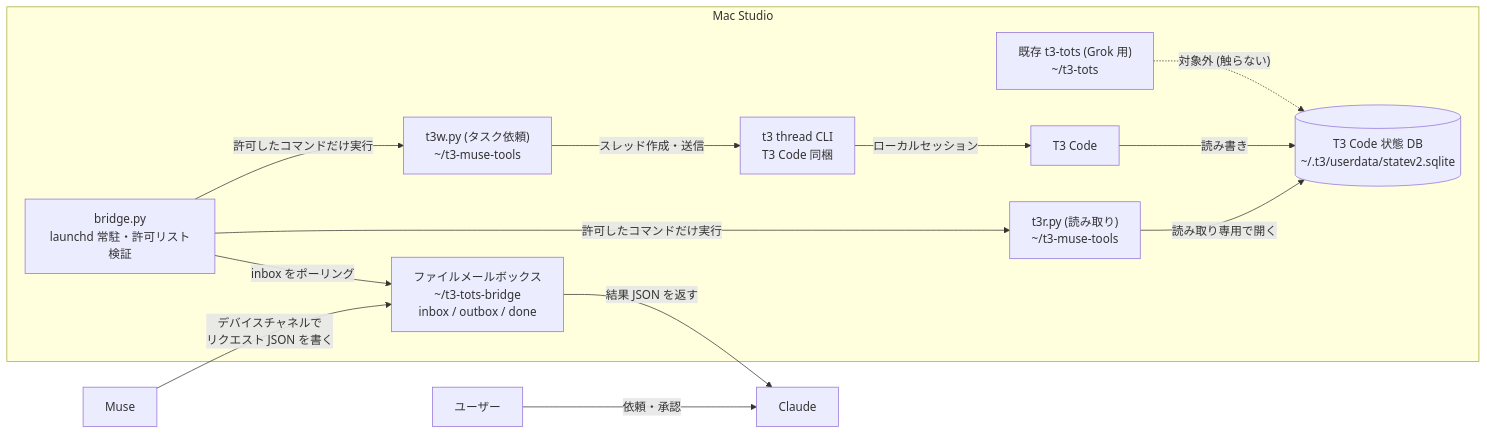
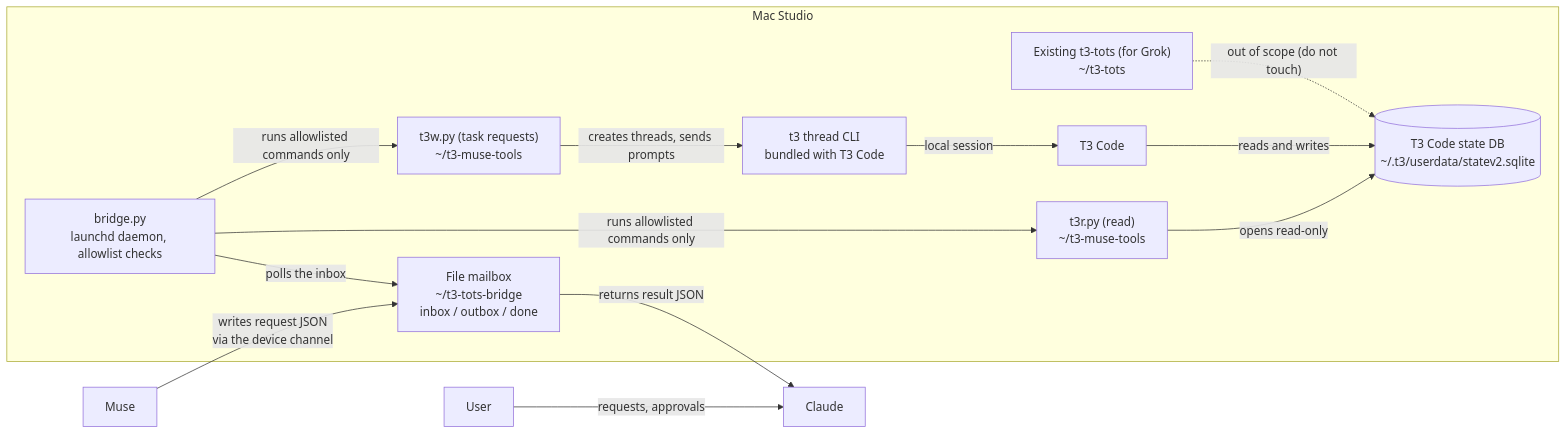
The diagram in README.md (mzkmnk-labs/t3-muse), drawn with Mermaid before and after one commit. The commit also changed other lines of this file and 1 other file, not shown here.

````diff
--- a/README.md
+++ b/README.md
@@ -8,26 +11,26 @@
 ```mermaid
 flowchart LR
-    User["ユーザー"]
+    User["User"]
     Muse["Muse"]
     subgraph Mac["Mac Studio"]
-        Mailbox["ファイルメールボックス<br/>~/t3-tots-bridge<br/>inbox / outbox / done"]
-        Bridge["bridge.py<br/>launchd 常駐・許可リスト検証"]
-        Reader["t3r.py (読み取り)<br/>~/t3-muse-tools"]
-        Writer["t3w.py (タスク依頼)<br/>~/t3-muse-tools"]
-        T3CLI["t3 thread CLI<br/>T3 Code 同梱"]
-        DB[("T3 Code 状態 DB<br/>~/.t3/userdata/statev2.sqlite")]
+        Mailbox["File mailbox<br/>~/t3-tots-bridge<br/>inbox / outbox / done"]
+        Bridge["bridge.py<br/>launchd daemon, allowlist checks"]
+        Reader["t3r.py (read)<br/>~/t3-muse-tools"]
+        Writer["t3w.py (task requests)<br/>~/t3-muse-tools"]
+        T3CLI["t3 thread CLI<br/>bundled with T3 Code"]
+        DB[("T3 Code state DB<br/>~/.t3/userdata/statev2.sqlite")]
         T3["T3 Code"]
-        Legacy["既存 t3-tots (Grok 用)<br/>~/t3-tots"]
+        Legacy["Existing t3-tots (for Grok)<br/>~/t3-tots"]
     end
-    User -->|"依頼・承認"| Claude
-    Muse -->|"デバイスチャネルで<br/>リクエスト JSON を書く"| Mailbox
-    Mailbox -->|"結果 JSON を返す"| Claude
-    Bridge -->|"inbox をポーリング"| Mailbox
-    Bridge -->|"許可したコマンドだけ実行"| Reader
-    Bridge -->|"許可したコマンドだけ実行"| Writer
-    Reader -->|"読み取り専用で開く"| DB
-    Writer -->|"スレッド作成・送信"| T3CLI
-    T3CLI -->|"ローカルセッション"| T3
-    T3 -->|"読み書き"| DB
-    Legacy -.->|"対象外 (触らない)"| DB
+    User -->|"requests, approvals"| Claude
+    Muse -->|"writes request JSON<br/>via the device channel"| Mailbox
+    Mailbox -->|"returns result JSON"| Claude
+    Bridge -->|"polls the inbox"| Mailbox
+    Bridge -->|"runs allowlisted commands only"| Reader
+    Bridge -->|"runs allowlisted commands only"| Writer
+    Reader -->|"opens read-only"| DB
+    Writer -->|"creates threads, sends prompts"| T3CLI
+    T3CLI -->|"local session"| T3
+    T3 -->|"reads and writes"| DB
+    Legacy -.->|"out of scope (do not touch)"| DB
 ```
````
